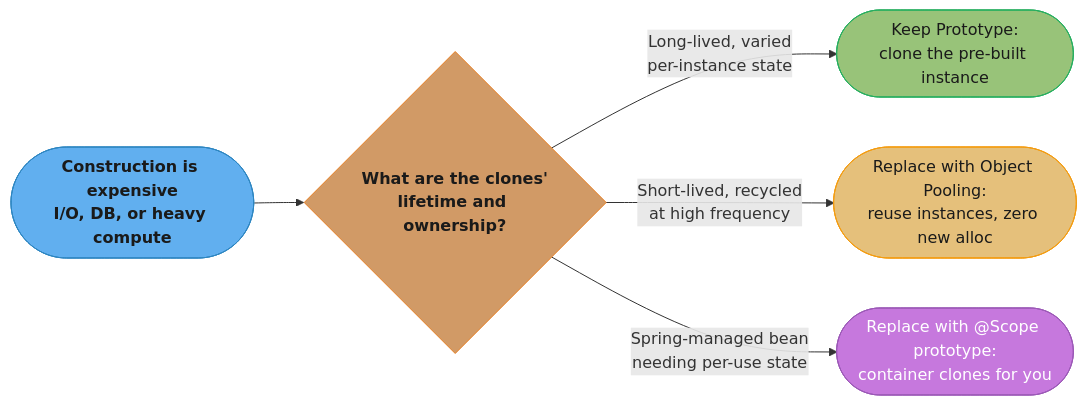
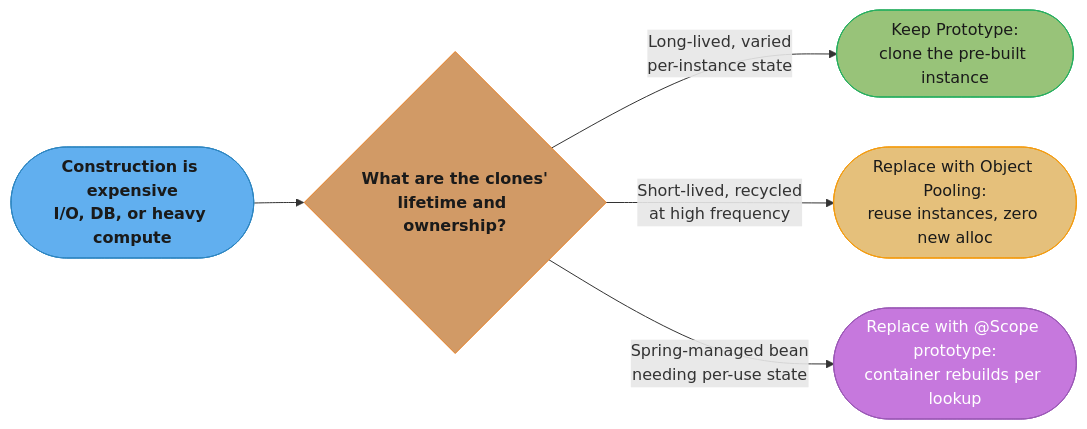
One commit to rppol/system-design changed the fourth of 4 diagrams in src/main/java/com/rutik/systemdesign/lld/creational/prototype/README.md. Above: the diagram before and after it, drawn with Mermaid. The commit also changed other lines of this file and 5 other files, not shown here.

````diff
--- a/src/main/java/com/rutik/systemdesign/lld/creational/prototype/README.md
+++ b/src/main/java/com/rutik/systemdesign/lld/creational/prototype/README.md
@@ -924,21 +927,21 @@
 ```mermaid
 flowchart LR
     classDef io      fill:#61afef,stroke:#2e86c1,color:#1a1a1a,font-weight:bold
     classDef frozen  fill:#c678dd,stroke:#9b59b6,color:#fff
     classDef train   fill:#98c379,stroke:#27ae60,color:#1a1a1a
     classDef mathOp  fill:#d19a66,stroke:#e67e22,color:#1a1a1a,font-weight:bold
     classDef lossN   fill:#e06c75,stroke:#c0392b,color:#fff,font-weight:bold
     classDef req     fill:#56b6c2,stroke:#0097a7,color:#1a1a1a
     classDef base    fill:#e5c07b,stroke:#f39c12,color:#1a1a1a
 
     START(["Construction is expensive<br/>I/O, DB, or heavy compute"]) --> Q{"What are the clones'<br/>lifetime and ownership?"}
     Q -->|"Long-lived, varied<br/>per-instance state"| P(["Keep Prototype:<br/>clone the pre-built instance"])
     Q -->|"Short-lived, recycled<br/>at high frequency"| POOL(["Replace with Object Pooling:<br/>reuse instances, zero new alloc"])
-    Q -->|"Spring-managed bean<br/>needing per-use state"| SPR(["Replace with @Scope prototype:<br/>container clones for you"])
+    Q -->|"Spring-managed bean<br/>needing per-use state"| SPR(["Replace with @Scope prototype:<br/>container rebuilds per lookup"])
 
     class START io
     class Q mathOp
     class P train
     class POOL base
     class SPR frozen
 ```
````
